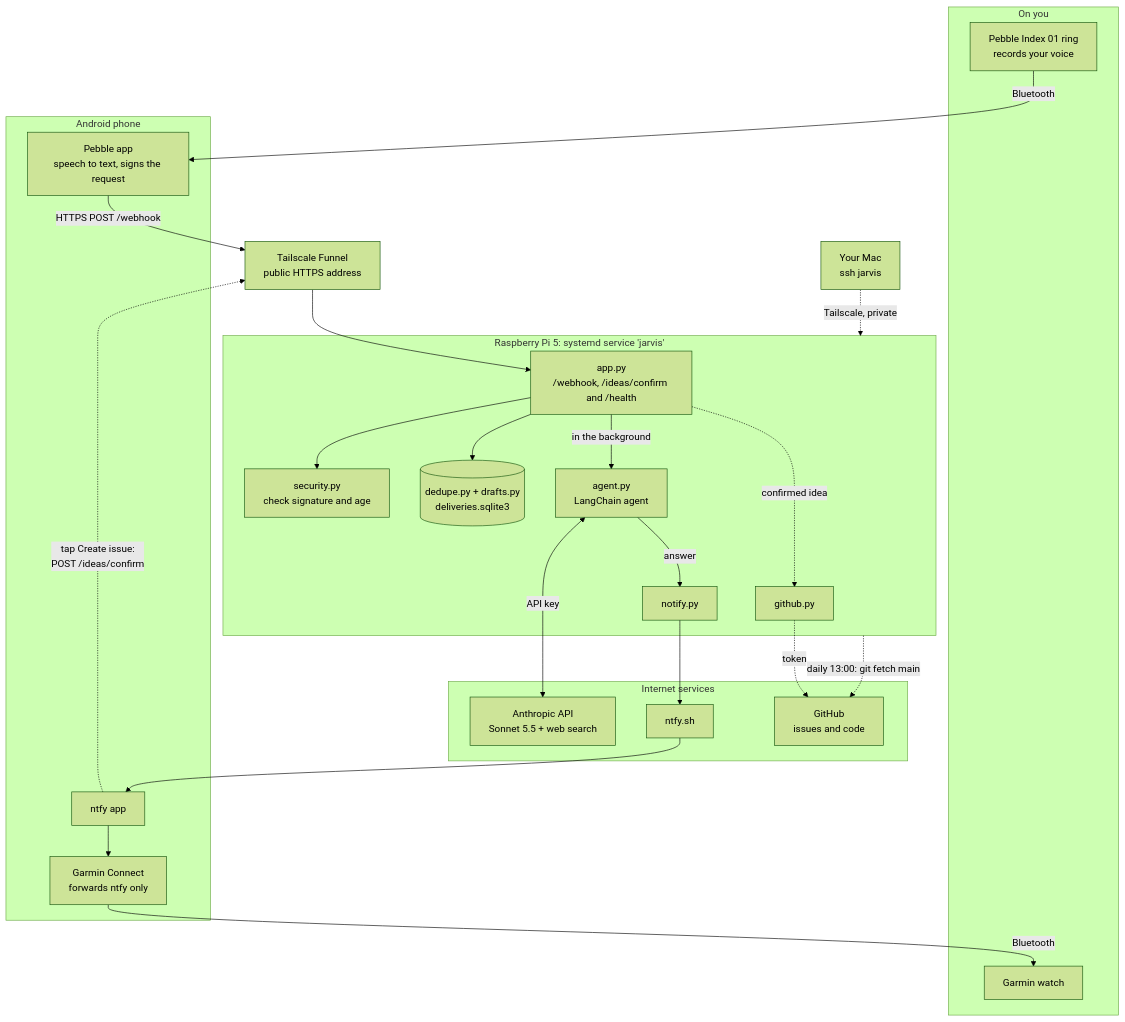
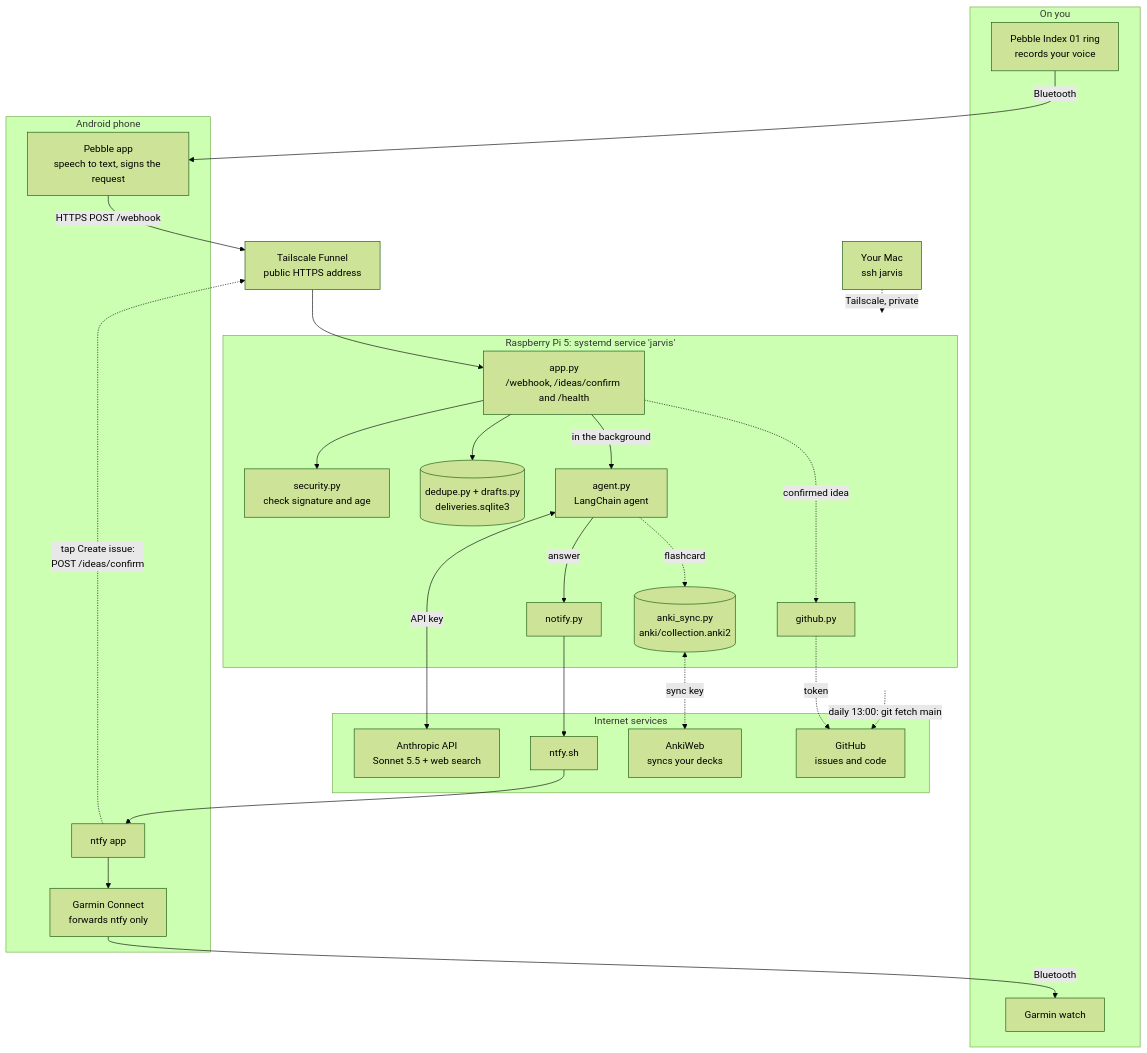
Before and after one commit to jcbanos/Jarvis2.0: the diagram in README.md, drawn with Mermaid (forest theme). The commit also changed other lines of this file and 13 other files, not shown here.

````diff
--- a/README.md
+++ b/README.md
@@ -29,50 +29,54 @@
 ```mermaid
 flowchart TB
     subgraph body["On you"]
         Ring["Pebble Index 01 ring<br/>records your voice"]
         Watch["Garmin watch"]
     end
 
     subgraph phone["Android phone"]
         PebbleApp["Pebble app<br/>speech to text, signs the request"]
         NtfyApp["ntfy app"]
         GarminConnect["Garmin Connect<br/>forwards ntfy only"]
     end
 
     Funnel["Tailscale Funnel<br/>public HTTPS address"]
 
     subgraph pi["Raspberry Pi 5: systemd service 'jarvis'"]
         App["app.py<br/>/webhook, /ideas/confirm and /health"]
         Security["security.py<br/>check signature and age"]
         Dedupe[("dedupe.py + drafts.py<br/>deliveries.sqlite3")]
         Agent["agent.py<br/>LangChain agent"]
         Notify["notify.py"]
         GitHubPy["github.py"]
+        AnkiPy[("anki_sync.py<br/>anki/collection.anki2")]
     end
 
     subgraph cloud["Internet services"]
         Claude["Anthropic API<br/>Sonnet 5.5 + web search"]
         Ntfy["ntfy.sh"]
         GitHub["GitHub<br/>issues and code"]
+        AnkiWeb["AnkiWeb<br/>syncs your decks"]
     end
 
     Mac["Your Mac<br/>ssh jarvis"]
 
     Ring -->|Bluetooth| PebbleApp
     PebbleApp -->|"HTTPS POST /webhook"| Funnel
     Funnel --> App
     App --> Security
     App --> Dedupe
     App -->|"in the background"| Agent
     Agent <-->|"API key"| Claude
     Agent -->|answer| Notify
     Notify --> Ntfy
     Ntfy --> NtfyApp
     NtfyApp --> GarminConnect
     GarminConnect -->|Bluetooth| Watch
     NtfyApp -.->|"tap Create issue:<br/>POST /ideas/confirm"| Funnel
     App -.->|confirmed idea| GitHubPy
     GitHubPy -.->|token| GitHub
+    Agent -.->|"flashcard"| AnkiPy
+    AnkiPy <-.->|"sync key"| AnkiWeb
     Mac -.->|"Tailscale, private"| pi
     pi -.->|"daily 13:00: git fetch main"| GitHub
 ```
````
